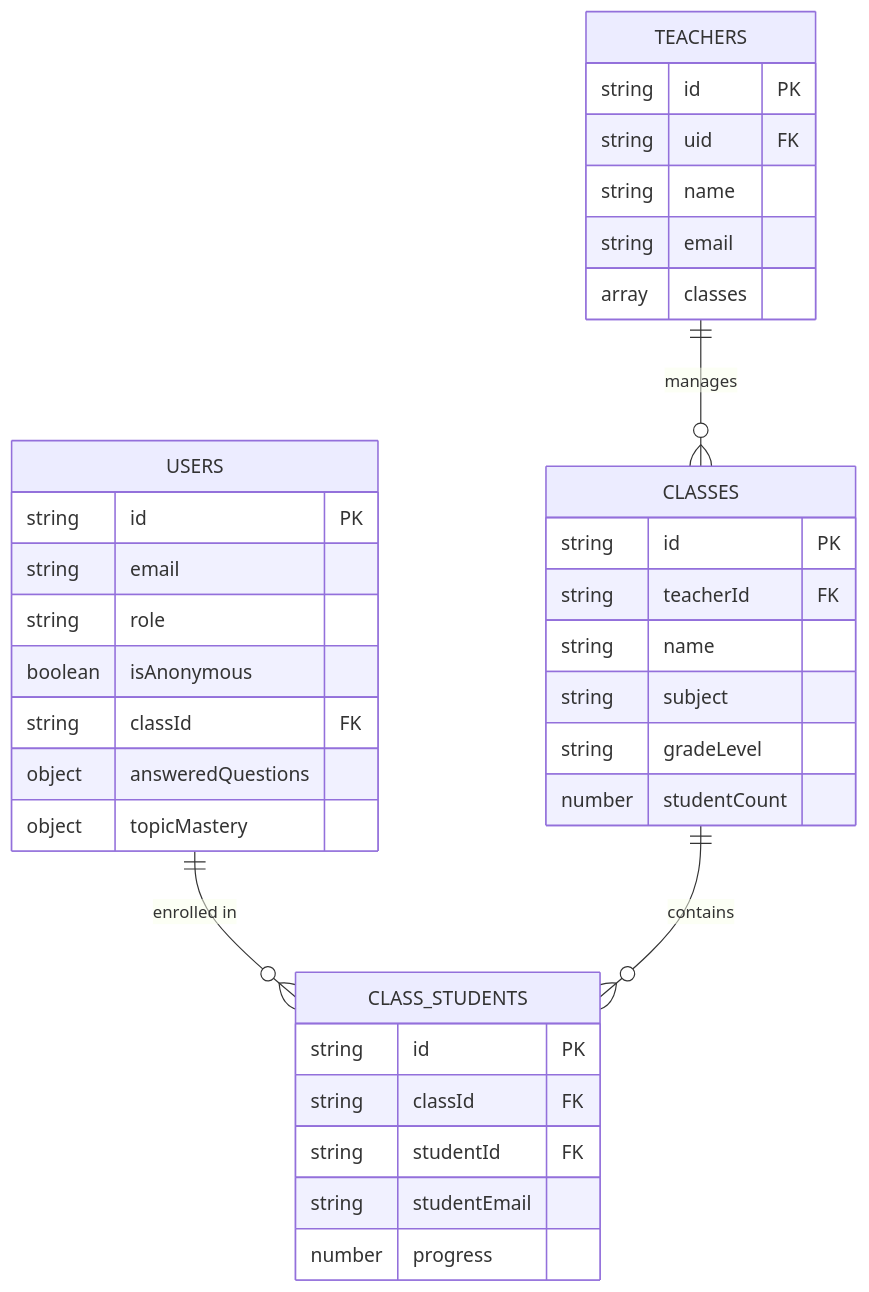
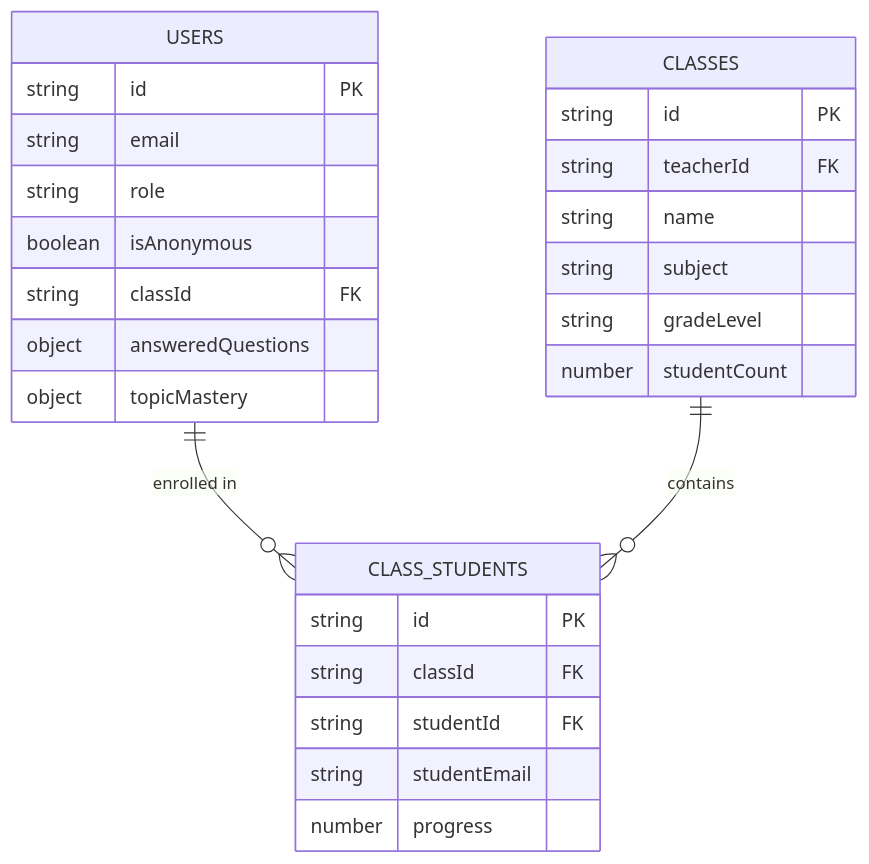
Before and after one commit to BorisBesky/math-whiz-app: the diagram in FIRESTORE_DATA_MODEL.md, drawn with Mermaid. The commit also changed other lines of this file and 1 other file, not shown here.

````diff
--- a/FIRESTORE_DATA_MODEL.md
+++ b/FIRESTORE_DATA_MODEL.md
@@ -264,41 +229,33 @@
 ```mermaid
 erDiagram
     USERS ||--o{ CLASS_STUDENTS : "enrolled in"
     CLASSES ||--o{ CLASS_STUDENTS : "contains"
-    TEACHERS ||--o{ CLASSES : "manages"
     
     USERS {
         string id PK
         string email
         string role
         boolean isAnonymous
         string classId FK
         object answeredQuestions
         object topicMastery
     }
     
     CLASSES {
         string id PK
         string teacherId FK
         string name
         string subject
         string gradeLevel
         number studentCount
     }
     
     CLASS_STUDENTS {
         string id PK
         string classId FK
         string studentId FK
         string studentEmail
         number progress
     }
-    
-    TEACHERS {
-        string id PK
-        string uid FK
-        string name
-        string email
-        array classes
-    }
+
 ```
````
